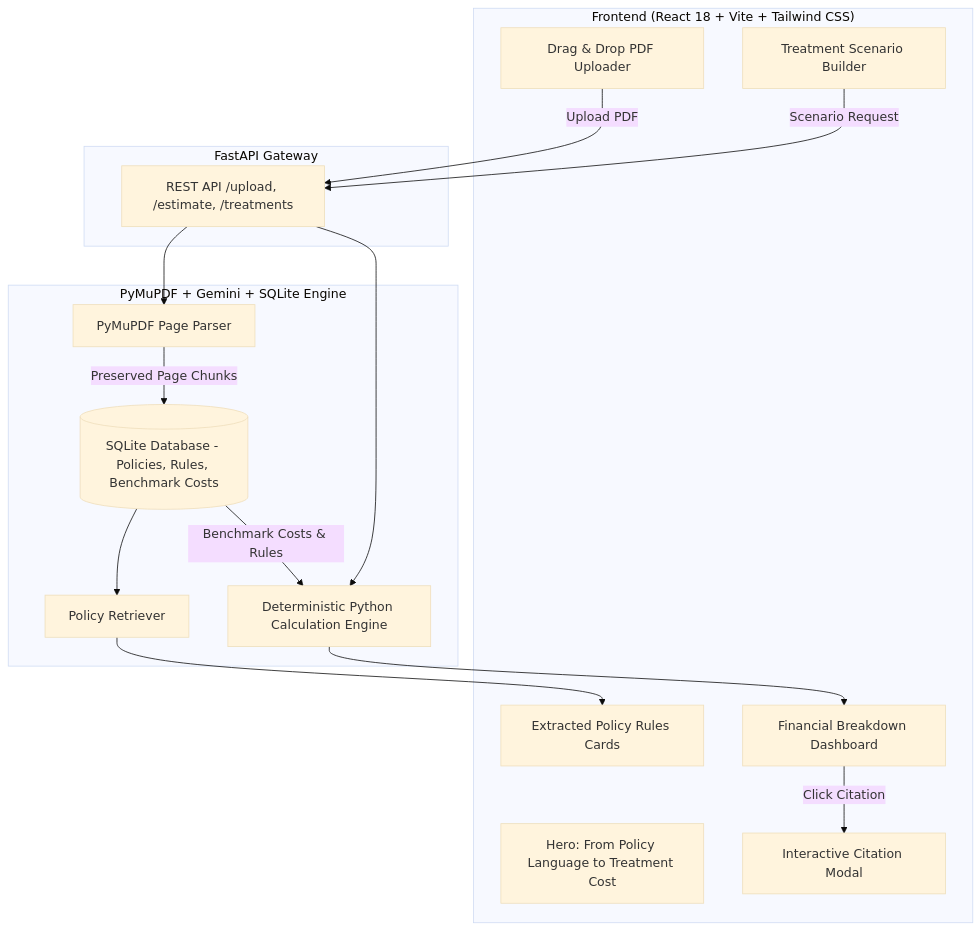
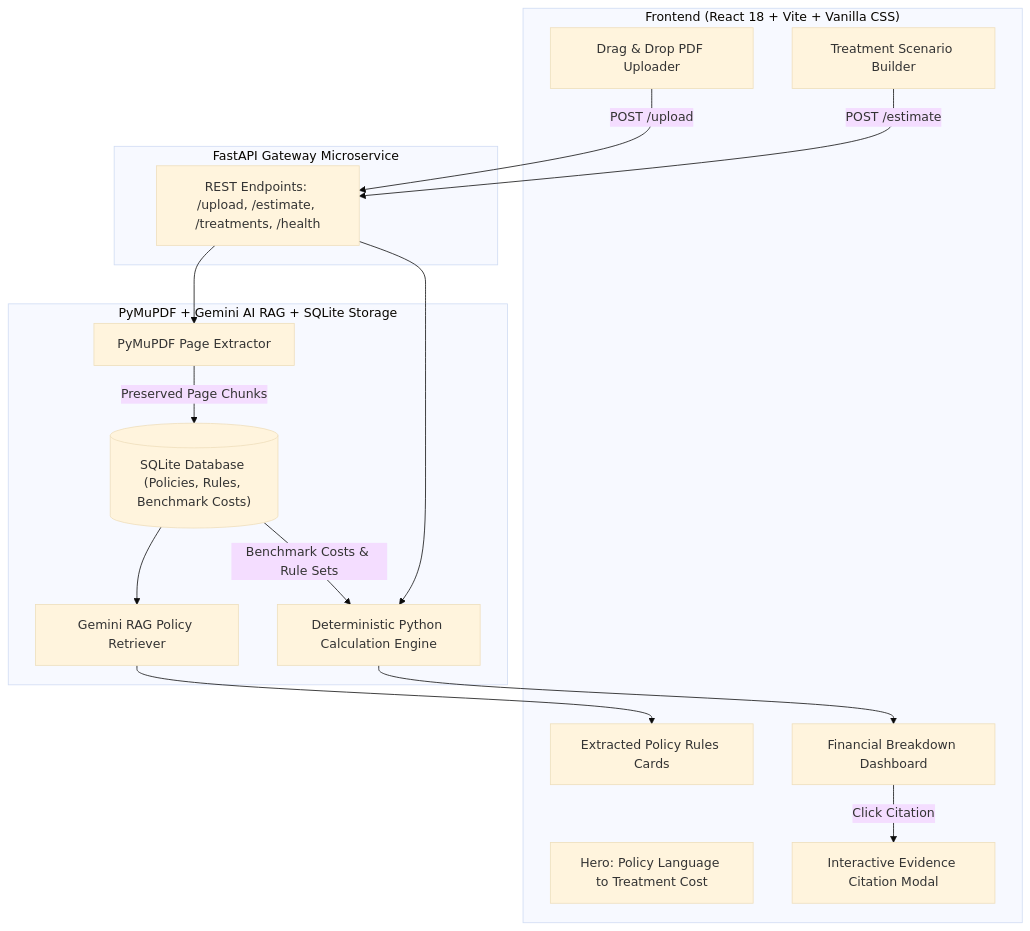
One commit to vedikansharma-collab/Spasth changed the diagram in README.md. Above: the diagram before and after it, drawn with Mermaid (base theme). The commit also changed other lines of this file, not shown here.

````diff
--- a/README.md
+++ b/README.md
@@ -52,33 +31,33 @@
 ```mermaid
 graph TD
-    subgraph Frontend Layer ["Frontend (React 18 + Vite + Tailwind CSS)"]
-        Hero[Hero: From Policy Language to Treatment Cost]
-        Upload[Drag & Drop PDF Uploader]
-        RulesCard[Extracted Policy Rules Cards]
-        Form[Treatment Scenario Builder]
-        Result[Financial Breakdown Dashboard]
-        Modal[Interactive Citation Modal]
+    subgraph Frontend Layer ["Frontend (React 18 + Vite + Vanilla CSS)"]
+        Hero["Hero: Policy Language to Treatment Cost"]
+        Upload["Drag & Drop PDF Uploader"]
+        RulesCard["Extracted Policy Rules Cards"]
+        Form["Treatment Scenario Builder"]
+        Result["Financial Breakdown Dashboard"]
+        Modal["Interactive Evidence Citation Modal"]
     end
 
-    subgraph API Gateway ["FastAPI Gateway"]
-        Endpoints[REST API /upload, /estimate, /treatments]
+    subgraph API Gateway ["FastAPI Gateway Microservice"]
+        Endpoints["REST Endpoints: /upload, /estimate, /treatments, /health"]
     end
 
-    subgraph Intelligence & Storage ["PyMuPDF + Gemini + SQLite Engine"]
-        PDFExt[PyMuPDF Page Parser]
-        RAG[Policy Retriever]
-        CalcEngine[Deterministic Python Calculation Engine]
-        DB[(SQLite Database - Policies, Rules, Benchmark Costs)]
+    subgraph Intelligence & Storage ["PyMuPDF + Gemini AI RAG + SQLite Storage"]
+        PDFExt["PyMuPDF Page Extractor"]
+        RAG["Gemini RAG Policy Retriever"]
+        CalcEngine["Deterministic Python Calculation Engine"]
+        DB[("SQLite Database (Policies, Rules, Benchmark Costs)")]
     end
 
-    Upload -->|Upload PDF| Endpoints
+    Upload -->|POST /upload| Endpoints
     Endpoints --> PDFExt
     PDFExt -->|Preserved Page Chunks| DB
     DB --> RAG
     RAG --> RulesCard
-    Form -->|Scenario Request| Endpoints
+    Form -->|POST /estimate| Endpoints
     Endpoints --> CalcEngine
-    DB -->|Benchmark Costs & Rules| CalcEngine
+    DB -->|Benchmark Costs & Rule Sets| CalcEngine
     CalcEngine --> Result
     Result -->|Click Citation| Modal
 ```
````
